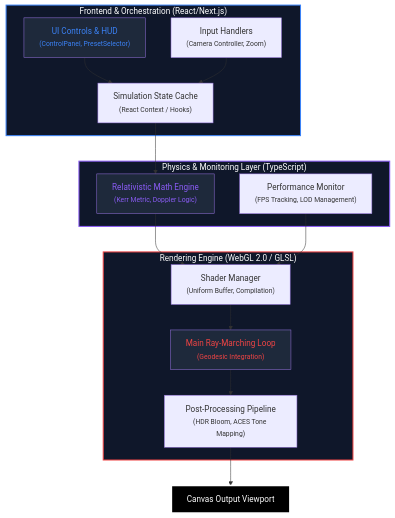
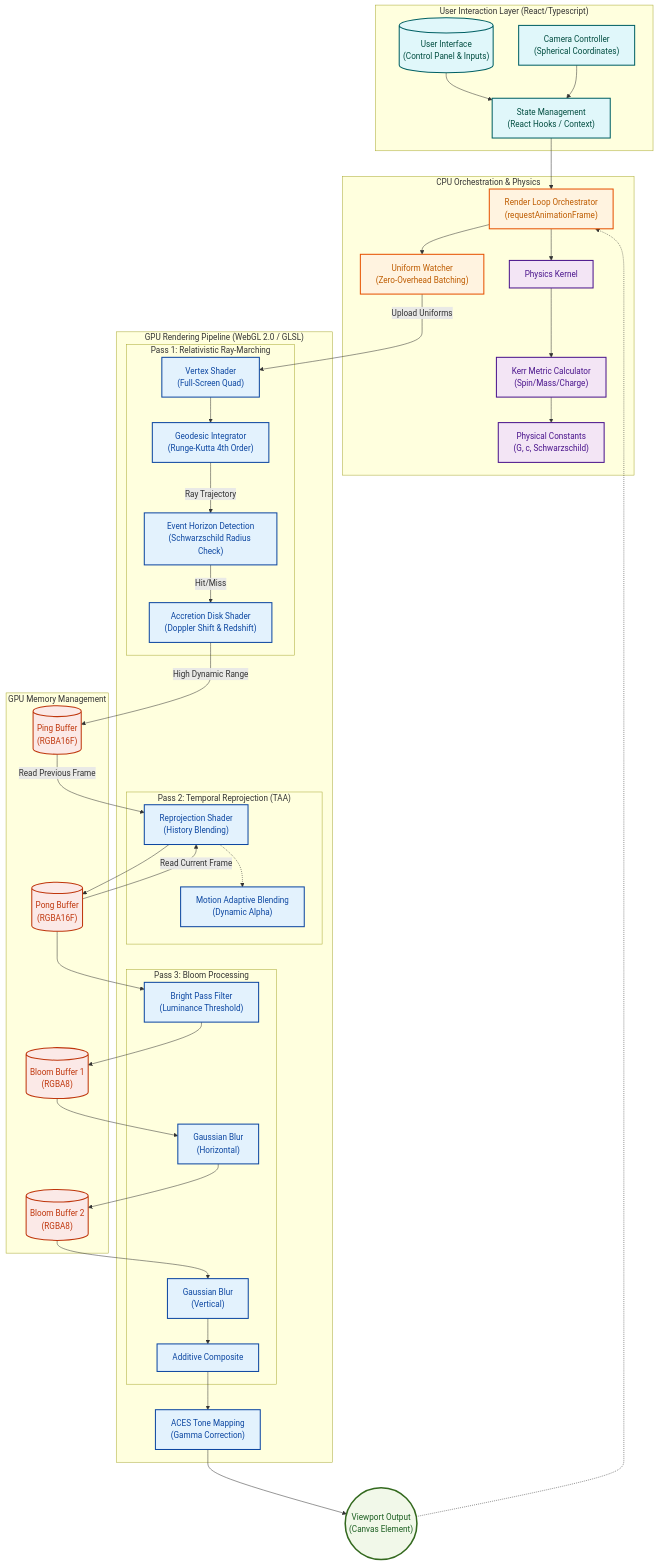
The first of 4 diagrams in docs/ARCHITECTURE.md (steeltroops-ai/blackhole-simulation), drawn with Mermaid before and after one commit. The commit also changed other lines of this file and 85 other files, not shown here.

````diff
--- a/docs/ARCHITECTURE.md
+++ b/docs/ARCHITECTURE.md
@@ -11,41 +11,93 @@
 ```mermaid
 graph TD
-    %% Node Definitions
-    subgraph Frontend ["Frontend & Orchestration (React/Next.js)"]
-        UI["UI Controls & HUD<br/><small>(ControlPanel, PresetSelector)</small>"]
-        State["Simulation State Cache<br/><small>(React Context / Hooks)</small>"]
-        Input["Input Handlers<br/><small>(Camera Controller, Zoom)</small>"]
+    %% Global Styles for Professional Light Theme
+    classDef input fill:#e0f7fa,stroke:#006064,stroke-width:2px,color:#004d40
+    classDef orchestration fill:#fff3e0,stroke:#e65100,stroke-width:2px,color:#be5c00
+    classDef math fill:#f3e5f5,stroke:#4a148c,stroke-width:2px,color:#4a148c
+    classDef shader fill:#e3f2fd,stroke:#0d47a1,stroke-width:2px,color:#0d47a1
+    classDef memory fill:#fbe9e7,stroke:#bf360c,stroke-width:2px,color:#bf360c
+    classDef output fill:#f1f8e9,stroke:#33691e,stroke-width:3px,color:#1b5e20
+
+    subgraph UserInteraction ["User Interaction Layer (React/Typescript)"]
+        UI[("User Interface<br/>(Control Panel & Inputs)")]:::input
+        State["State Management<br/>(React Hooks / Context)"]:::input
+        Camera["Camera Controller<br/>(Spherical Coordinates)"]:::input
     end
 
-    subgraph Logic ["Physics & Monitoring Layer (TypeScript)"]
-        Math["Relativistic Math Engine<br/><small>(Kerr Metric, Doppler Logic)</small>"]
-        Perf["Performance Monitor<br/><small>(FPS Tracking, LOD Management)</small>"]
+    subgraph CPULogic ["CPU Orchestration & Physics"]
+        Orchestrator["Render Loop Orchestrator<br/>(requestAnimationFrame)"]:::orchestration
+        Optimizer["Uniform Watcher<br/>(Zero-Overhead Batching)"]:::orchestration
+
+        PhysicsEngine["Physics Kernel"]:::math
+        Metric["Kerr Metric Calculator<br/>(Spin/Mass/Charge)"]:::math
+        Constants["Physical Constants<br/>(G, c, Schwarzschild)"]:::math
     end
 
-    subgraph GPU ["Rendering Engine (WebGL 2.0 / GLSL)"]
-        ShaderMgr["Shader Manager<br/><small>(Uniform Buffer, Compilation)</small>"]
-        MainRay["Main Ray-Marching Loop<br/><small>(Geodesic Integration)</small>"]
-        PostProc["Post-Processing Pipeline<br/><small>(HDR Bloom, ACES Tone Mapping)</small>"]
+    subgraph RenderPipeline ["GPU Rendering Pipeline (WebGL 2.0 / GLSL)"]
+
+        subgraph Pass1 ["Pass 1: Relativistic Ray-Marching"]
+            Vertex["Vertex Shader<br/>(Full-Screen Quad)"]:::shader
+            Integrator["Geodesic Integrator<br/>(Runge-Kutta 4th Order)"]:::shader
+            EventHorizon["Event Horizon Detection<br/>(Schwarzschild Radius Check)"]:::shader
+            DiskRender["Accretion Disk Shader<br/>(Doppler Shift & Redshift)"]:::shader
+        end
+
+        subgraph Pass2 ["Pass 2: Temporal Reprojection (TAA)"]
+            ReprojectionShader["Reprojection Shader<br/>(History Blending)"]:::shader
+            MotionLogic["Motion Adaptive Blending<br/>(Dynamic Alpha)"]:::shader
+        end
+
+        subgraph Pass3 ["Pass 3: Bloom Processing"]
+            BrightPass["Bright Pass Filter<br/>(Luminance Threshold)"]:::shader
+            BlurH["Gaussian Blur<br/>(Horizontal)"]:::shader
+            BlurV["Gaussian Blur<br/>(Vertical)"]:::shader
+            Composite["Additive Composite"]:::shader
+        end
+
+        ToneMap["ACES Tone Mapping<br/>(Gamma Correction)"]:::shader
     end
 
-    %% Flow Definitions
+    subgraph Memory ["GPU Memory Management"]
+        PingBuffer[("Ping Buffer<br/>(RGBA16F)")]:::memory
+        PongBuffer[("Pong Buffer<br/>(RGBA16F)")]:::memory
+        BloomBuffer1[("Bloom Buffer 1<br/>(RGBA8)")]:::memory
+        BloomBuffer2[("Bloom Buffer 2<br/>(RGBA8)")]:::memory
+    end
+
+    Display(("Viewport Output<br/>(Canvas Element)")):::output
+
+    %% Data Flow
     UI --> State
-    Input --> State
-    State --> Math
-    Math --> ShaderMgr
-    Perf --> ShaderMgr
-    ShaderMgr --> MainRay
-    MainRay --> PostProc
-    PostProc --> Display["Canvas Output Viewport"]
+    Camera --> State
+    State --> Orchestrator
 
-    %% Styling
-    style Frontend fill:#0f172a,stroke:#3b82f6,stroke-width:2px,color:#fff
-    style Logic fill:#0f172a,stroke:#8b5cf6,stroke-width:2px,color:#fff
-    style GPU fill:#0f172a,stroke:#ef4444,stroke-width:2px,color:#fff
-    style Display fill:#000,stroke:#fff,stroke-width:3px,color:#fff
+    Orchestrator --> PhysicsEngine
+    PhysicsEngine --> Metric
+    Metric --> Constants
 
-    %% Node Colors
-    style UI fill:#1e293b,color:#3b82f6
-    style Math fill:#1e293b,color:#8b5cf6
-    style MainRay fill:#1e293b,color:#ef4444
+    Orchestrator --> Optimizer
+    Optimizer -- "Upload Uniforms" --> Vertex
+
+    Vertex --> Integrator
+    Integrator -- "Ray Trajectory" --> EventHorizon
+    EventHorizon -- "Hit/Miss" --> DiskRender
+
+    DiskRender -- "High Dynamic Range" --> PingBuffer
+    PingBuffer -- "Read Previous Frame" --> ReprojectionShader
+    PongBuffer -- "Read Current Frame" --> ReprojectionShader
+    ReprojectionShader -.-> MotionLogic
+    ReprojectionShader --> PongBuffer
+
+    PongBuffer --> BrightPass
+    BrightPass --> BloomBuffer1
+    BloomBuffer1 --> BlurH
+    BlurH --> BloomBuffer2
+    BloomBuffer2 --> BlurV
+    BlurV --> Composite
+
+    Composite --> ToneMap
+    ToneMap --> Display
+
+    %% Feedback Loop
+    Display -.-> Orchestrator
 ```
````
